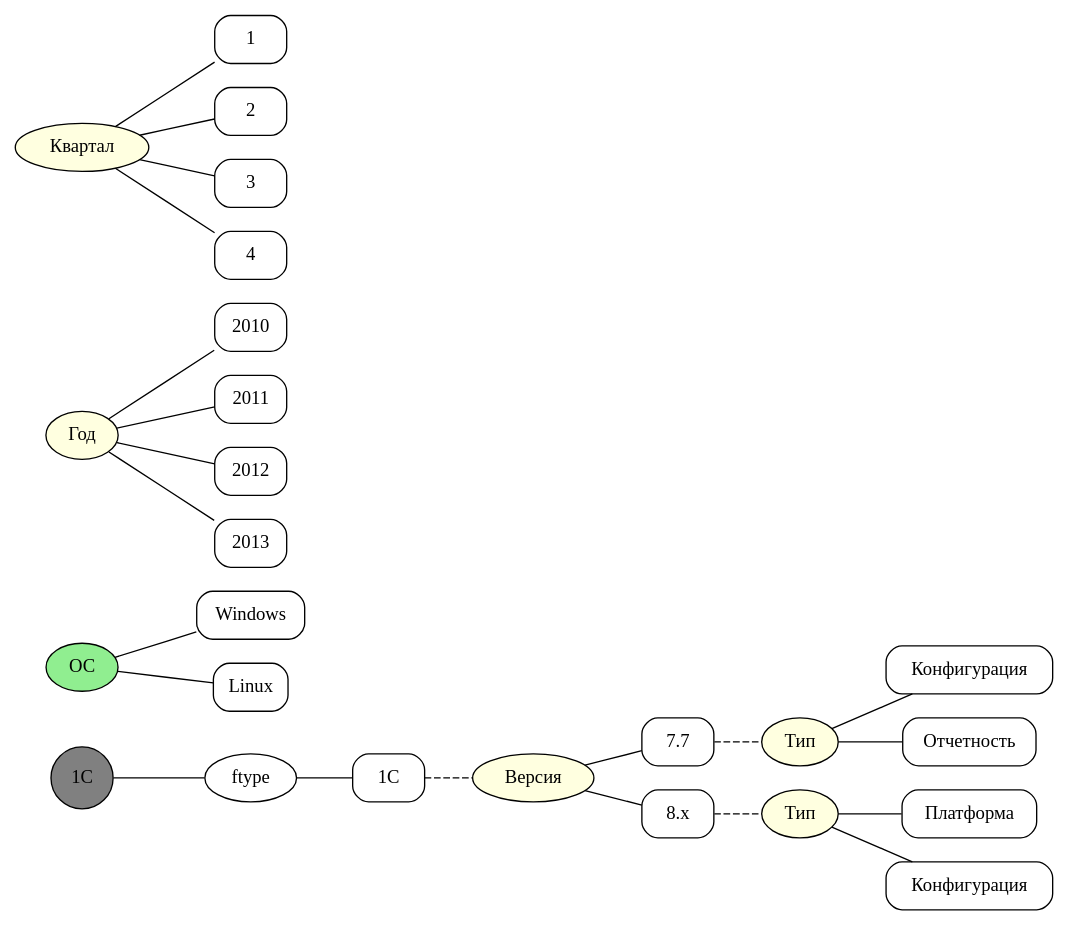
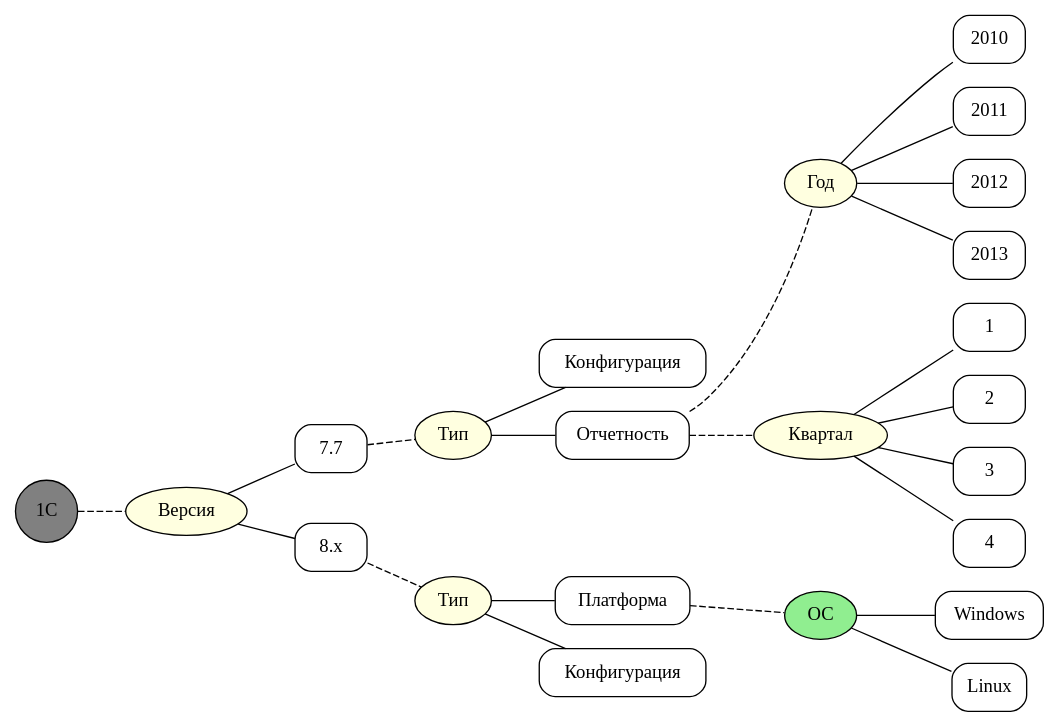
The diagram in _contrib_/ones.dot (tieugene/dasarchive), drawn with Graphviz before and after one commit. The commit also changed 4 other files, not shown here.

```diff
--- a/_contrib_/ones.dot
+++ b/_contrib_/ones.dot
@@ -1,85 +1,66 @@
 graph DasArchive {
   overlap="false";
   rankdir="LR";
   /* defaults */
   {
     node  	[shape="circle", style="filled", fillcolor="grey"];
     n0		[label="1C"];
   }
-  /* AttrGroup */
+  /* Facet */
   {
     node  	[shape="ellipse", style="filled"];
-    /* AttrGroup.Mselect */
+    /* Facet.Mselect */
     {
       node  	[fillcolor="lightgreen"];
       os	[label="ОС"];
     }
-    /* AttrGroup.Sselect */
+    /* Facet.Sselect */
     {
       node  	[fillcolor="lightyellow"];
       onesver	[label="Версия"];
       v7part	[label="Тип"];
       v8part	[label="Тип"];
       year	[label="Год"];
       quarter	[label="Квартал"];
     }
   }
-  /* AttrItem */
+  /* Tag */
   {
     node  	[shape="rectangle", style="rounded, filled", fillcolor="white"];
-    ones	[label="1С"];
     v7		[label="7.7"];
     v7cfg	[label="Конфигурация"];
     v7rpt	[label="Отчетность"];
     v8		[label="8.x"];
     v8platf	[label="Платформа"];
     v8cfg	[label="Конфигурация"];
     year2010	[label="2010"];
     year2011	[label="2011"];
     year2012	[label="2012"];
     year2013	[label="2013"];
     quarter1	[label="1"];
     quarter2	[label="2"];
     quarter3	[label="3"];
     quarter4	[label="4"];
     windows	[label="Windows"];
     linux	[label="Linux"];
   }
   /* go */
-  /* 1. AttrGroup definitions */
-  n0		-- { ftype; };
+  /* 1. Facet definitions */
   onesver	-- { v7; v8; }
   v7part	-- { v7cfg; v7rpt; }
   v8part	-- { v8platf; v8cfg; }
   year		-- { year2010; year2011; year2012; year2013; };
   quarter	-- { quarter1; quarter2; quarter3; quarter4; };
   os		-- { windows; linux; };
-  /* 2. AttrItem's groups */
+  /* 2. Tag's facets */
   {
     edge	[style="dashed"];
-    ones	-- { onesver; };
+    n0	-- { onesver; };
     v7		-- { v7part; };
     v8		-- { v8part; };
+    v7rpt -- { year; quarter; }
+    v8platf -- os;
   }
-  /* 3. AttrItem Hierarchy */
-  ftype		-- { ones; };
+  /* 3. Tag Hierarchy */
+
 }
-/*
-Complex hw:
-- MB
-- Notebook
-- MFU
-HW Vendor
-
-= App type: =
-web-browser
-mailer
-archiver
-antivirus
-editor
-filemanager
-imageviewer
-office suite
-ocr
-sysutil (undelete; registry; partition; sysinfo)
-*/
```
